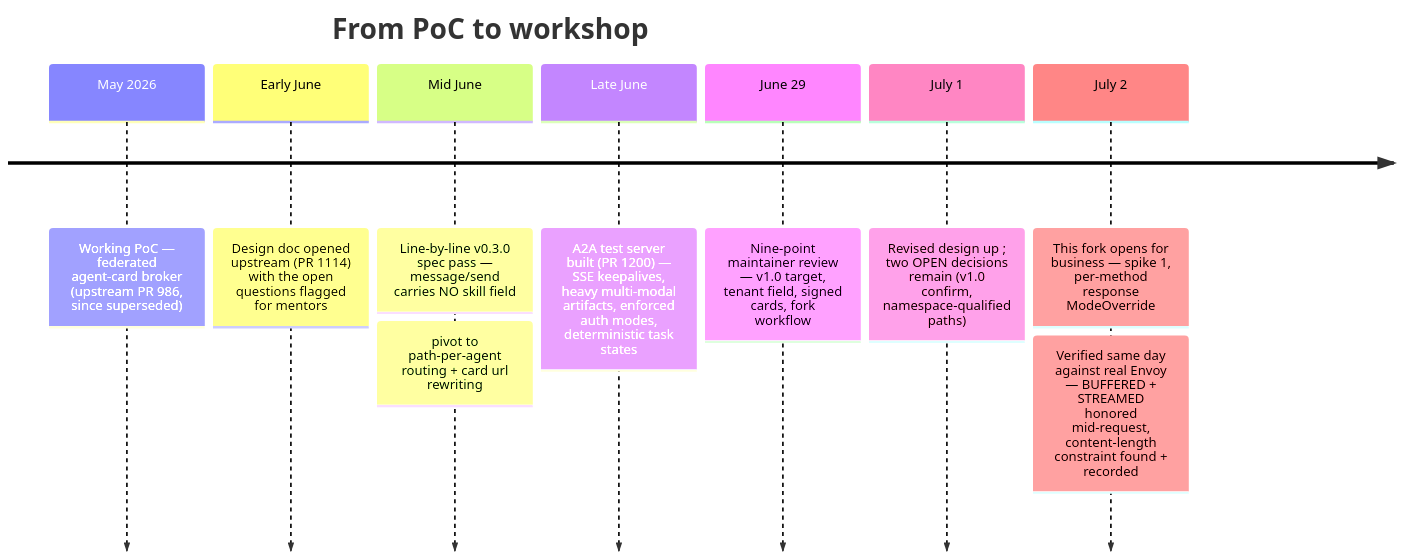
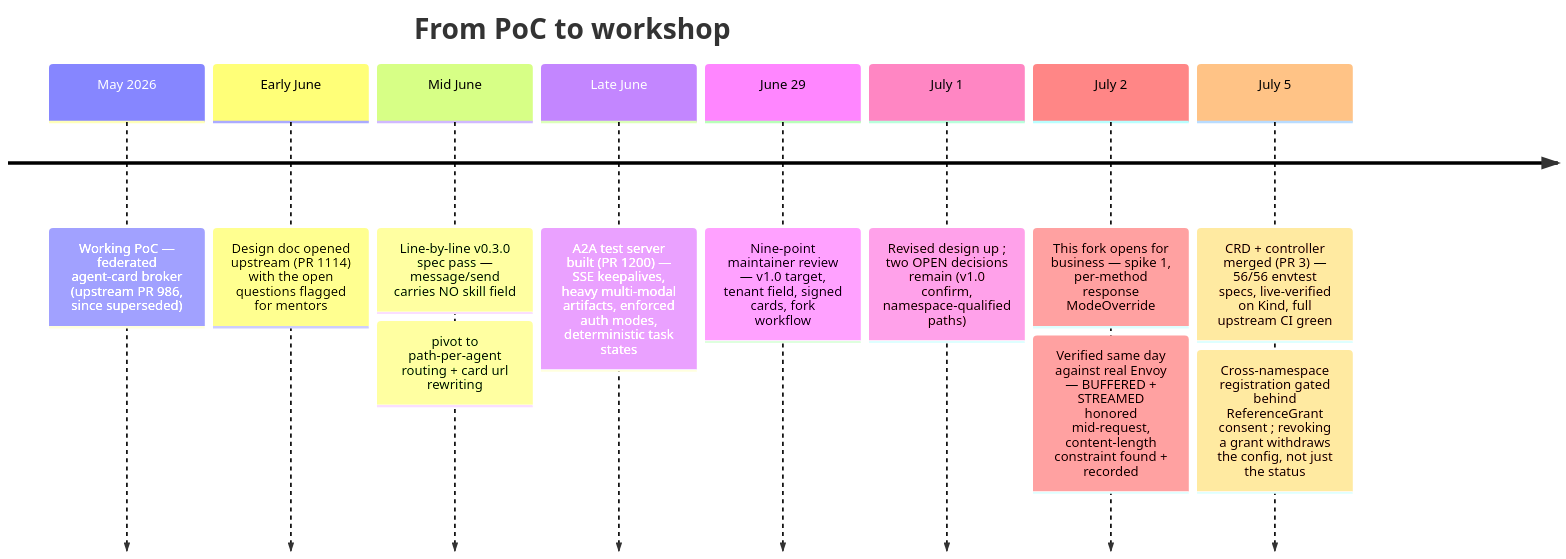
The fourth of 5 diagrams in README.md (Aman-Cool/mcp-gateway), drawn with Mermaid before and after one commit. The commit also changed other lines of this file, not shown here.

Commit message:
docs: update readme with merged crd controller milestone and backlog

````diff
--- a/README.md
+++ b/README.md
@@ -119,11 +119,12 @@
 ```mermaid
 timeline
     title From PoC to workshop
     May 2026 : Working PoC — federated agent-card broker (upstream PR 986, since superseded)
     Early June : Design doc opened upstream (PR 1114) with the open questions flagged for mentors
     Mid June : Line-by-line v0.3.0 spec pass — message/send carries NO skill field : pivot to path-per-agent routing + card url rewriting
     Late June : A2A test server built (PR 1200) — SSE keepalives, heavy multi-modal artifacts, enforced auth modes, deterministic task states
     June 29 : Nine-point maintainer review — v1.0 target, tenant field, signed cards, fork workflow
     July 1 : Revised design up ; two OPEN decisions remain (v1.0 confirm, namespace-qualified paths)
     July 2 : This fork opens for business — spike 1, per-method response ModeOverride : Verified same day against real Envoy — BUFFERED + STREAMED honored mid-request, content-length constraint found + recorded
+    July 5 : CRD + controller merged (PR 3) — 56/56 envtest specs, live-verified on Kind, full upstream CI green : Cross-namespace registration gated behind ReferenceGrant consent ; revoking a grant withdraws the config, not just the status
 ```
````
